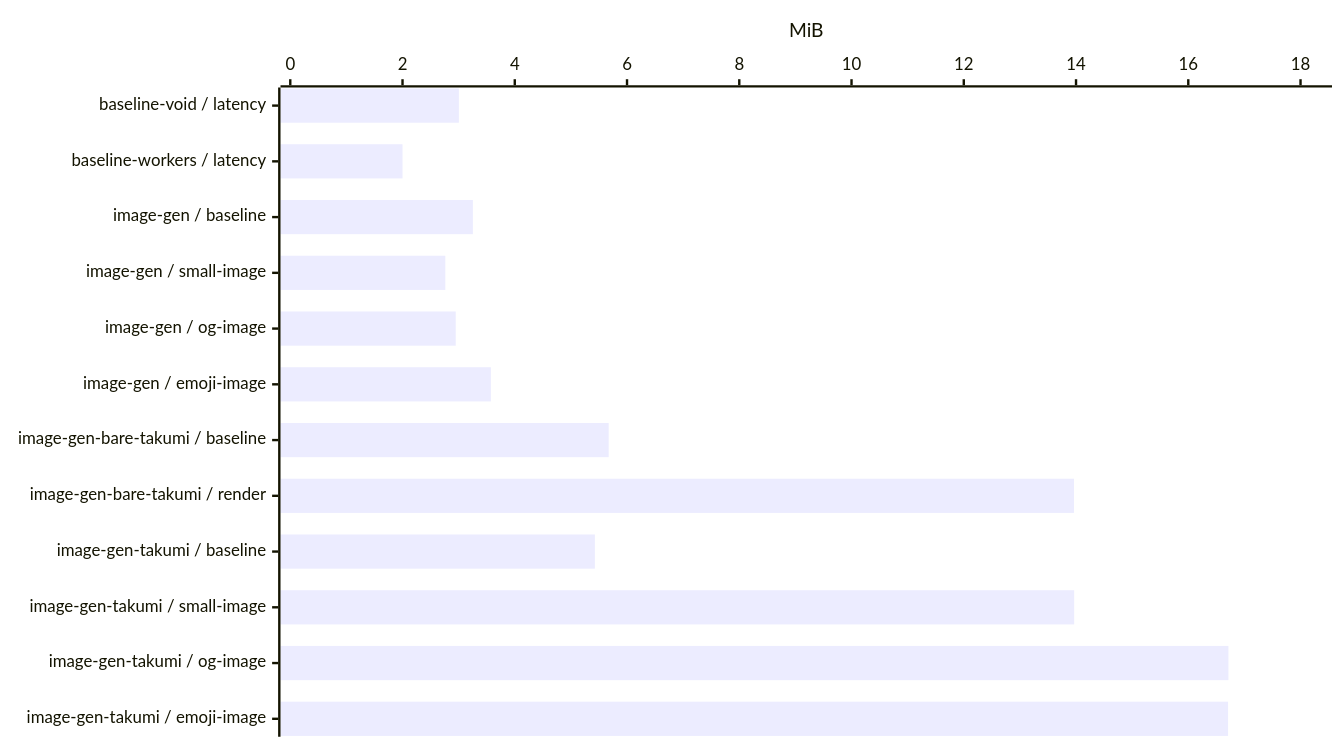
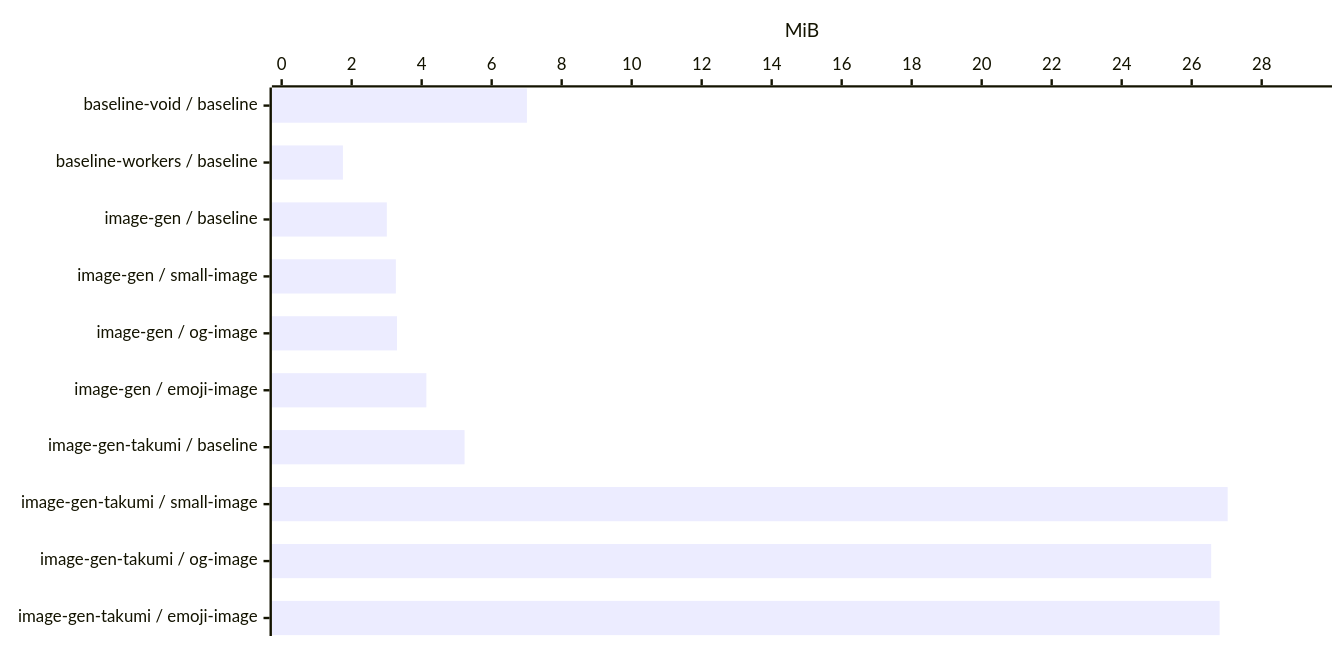
Before and after one commit to voidzero-dev/void: diagram 16 of 25 in benchmark/report.md, drawn with Mermaid. The commit also changed other lines of this file and 6 other files, not shown here.

````diff
--- a/benchmark/report.md
+++ b/benchmark/report.md
@@ -337,12 +330,12 @@
 ```mermaid
 ---
 config:
   xyChart:
     width: 1100
-    height: 604
+    height: 520
 ---
 xychart-beta horizontal
-    x-axis ["baseline-void / latency", "baseline-workers / latency", "image-gen / baseline", "image-gen / small-image", "image-gen / og-image", "image-gen / emoji-image", "image-gen-bare-takumi / baseline", "image-gen-bare-takumi / render", "image-gen-takumi / baseline", "image-gen-takumi / small-image", "image-gen-takumi / og-image", "image-gen-takumi / emoji-image"]
-    y-axis "MiB" 0 --> 18.38705
-    bar [3.0039177, 2.0000114, 3.2539177, 2.7626295, 2.9483776, 3.5739269, 5.6733665, 13.963451, 5.4272728, 13.966643, 16.7155, 16.708805]
+    x-axis ["baseline-void / baseline", "baseline-workers / baseline", "image-gen / baseline", "image-gen / small-image", "image-gen / og-image", "image-gen / emoji-image", "image-gen-takumi / baseline", "image-gen-takumi / small-image", "image-gen-takumi / og-image", "image-gen-takumi / emoji-image"]
+    y-axis "MiB" 0 --> 29.730347
+    bar [7.0078239, 1.7500114, 3.0039177, 3.262722, 3.2953949, 4.1345825, 5.225399, 27.027588, 26.556408, 26.79781]
 ```
````
